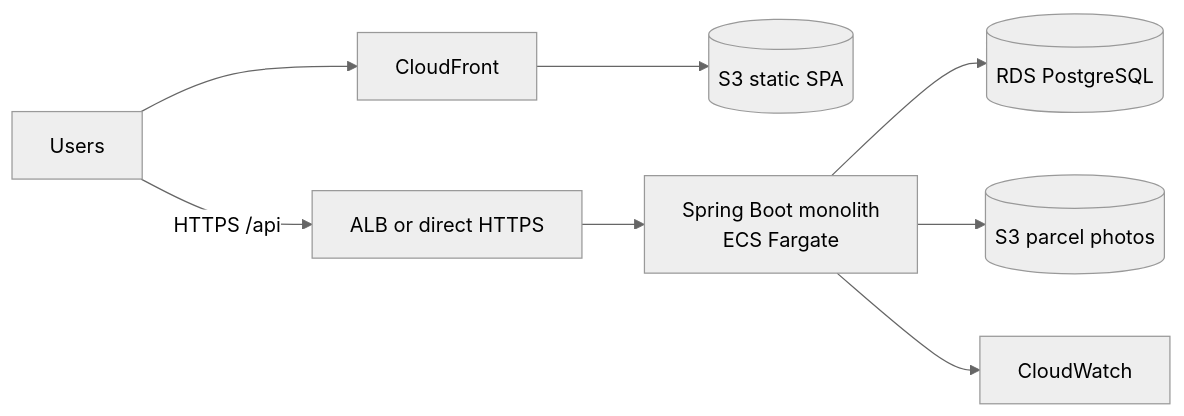
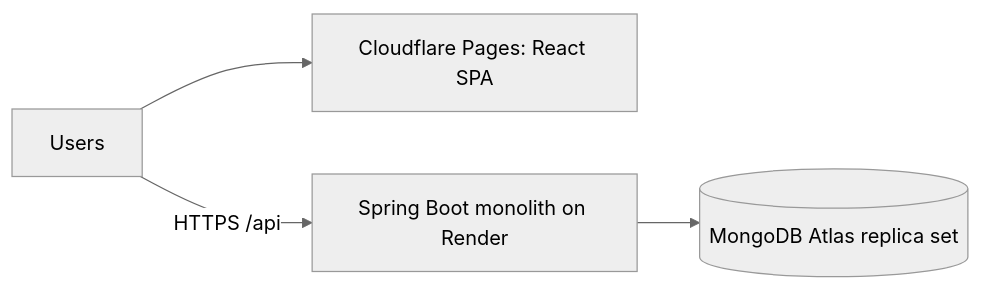
The diagram in docs/ARCHITECTURE.md (ashayjain111/carryon), drawn with Mermaid (neutral theme) before and after one commit. The commit also changed other lines of this file and 41 other files, not shown here.

First line of the commit message:
Switch database from PostgreSQL to MongoDB

````diff
--- a/docs/ARCHITECTURE.md
+++ b/docs/ARCHITECTURE.md
@@ -21,8 +17,6 @@
 ```mermaid
 flowchart LR
-  U[Users] --> CF[CloudFront] --> S3[(S3 static SPA)]
-  U -->|HTTPS /api| ALB[ALB or direct HTTPS] --> API[Spring Boot monolith<br/>ECS Fargate]
-  API --> RDS[(RDS PostgreSQL)]
-  API --> S3P[(S3 parcel photos)]
-  API --> CW[CloudWatch]
+  U[Users] --> CF[Cloudflare Pages: React SPA]
+  U -->|HTTPS /api| API[Spring Boot monolith on Render]
+  API --> M[(MongoDB Atlas replica set)]
 ```
````
